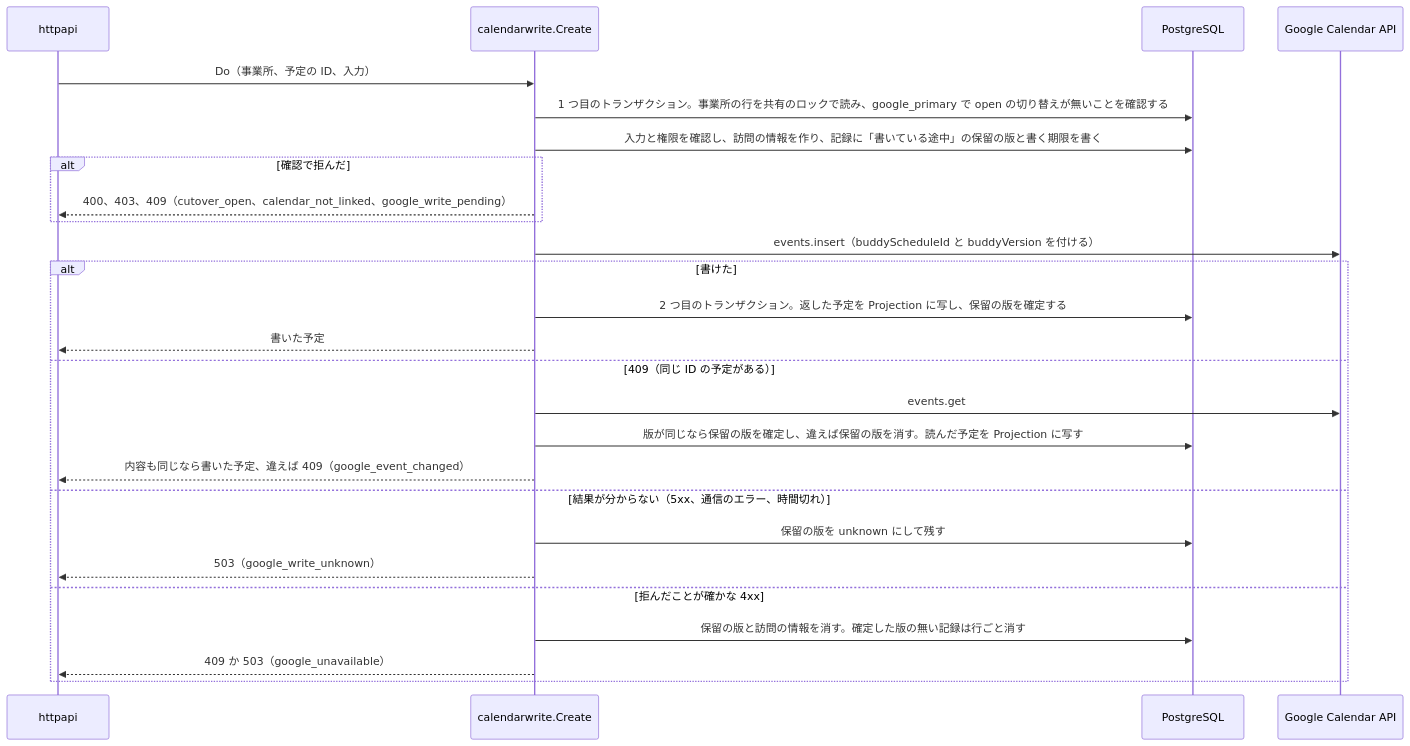
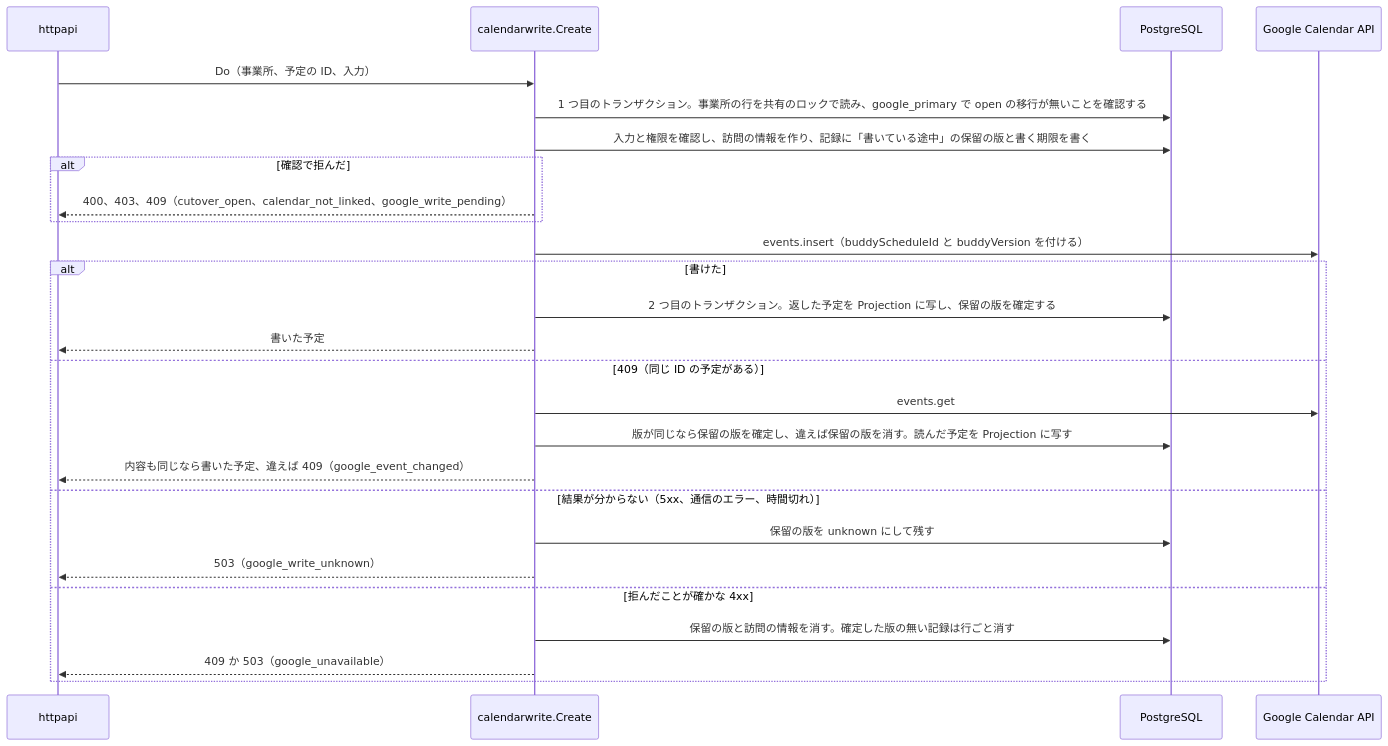
The fifth of 8 diagrams in services/schedule/internal/features/calendar/DesignDoc.md (Fukuemon/buddy), drawn with Mermaid before and after one commit. The commit also changed other lines of this file and 39 other files, not shown here.

````diff
--- a/services/schedule/internal/features/calendar/DesignDoc.md
+++ b/services/schedule/internal/features/calendar/DesignDoc.md
@@ -881,28 +881,28 @@
 ```mermaid
 sequenceDiagram
   participant h as httpapi
   participant w as calendarwrite.Create
   participant db as PostgreSQL
   participant g as Google Calendar API
   h->>w: Do（事業所、予定の ID、入力）
-  w->>db: 1 つ目のトランザクション。事業所の行を共有のロックで読み、google_primary で open の切り替えが無いことを確認する
+  w->>db: 1 つ目のトランザクション。事業所の行を共有のロックで読み、google_primary で open の移行が無いことを確認する
   w->>db: 入力と権限を確認し、訪問の情報を作り、記録に「書いている途中」の保留の版と書く期限を書く
   alt 確認で拒んだ
     w-->>h: 400、403、409（cutover_open、calendar_not_linked、google_write_pending）
   end
   w->>g: events.insert（buddyScheduleId と buddyVersion を付ける）
   alt 書けた
     w->>db: 2 つ目のトランザクション。返した予定を Projection に写し、保留の版を確定する
     w-->>h: 書いた予定
   else 409（同じ ID の予定がある）
     w->>g: events.get
     w->>db: 版が同じなら保留の版を確定し、違えば保留の版を消す。読んだ予定を Projection に写す
     w-->>h: 内容も同じなら書いた予定、違えば 409（google_event_changed）
   else 結果が分からない（5xx、通信のエラー、時間切れ）
     w->>db: 保留の版を unknown にして残す
     w-->>h: 503（google_write_unknown）
   else 拒んだことが確かな 4xx
     w->>db: 保留の版と訪問の情報を消す。確定した版の無い記録は行ごと消す
     w-->>h: 409 か 503（google_unavailable）
   end
 ```
````
